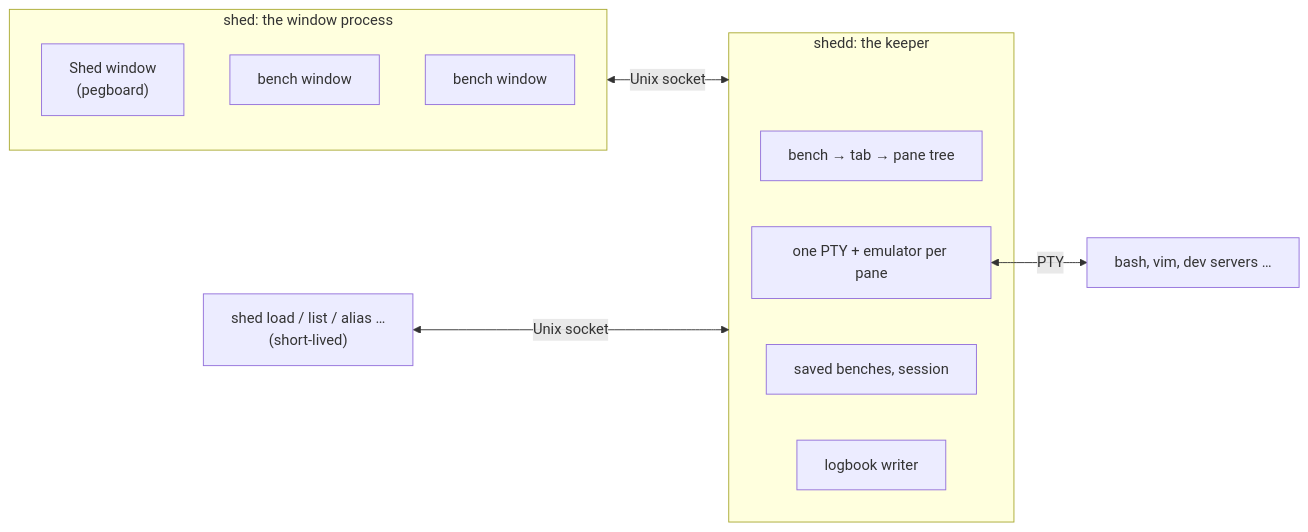
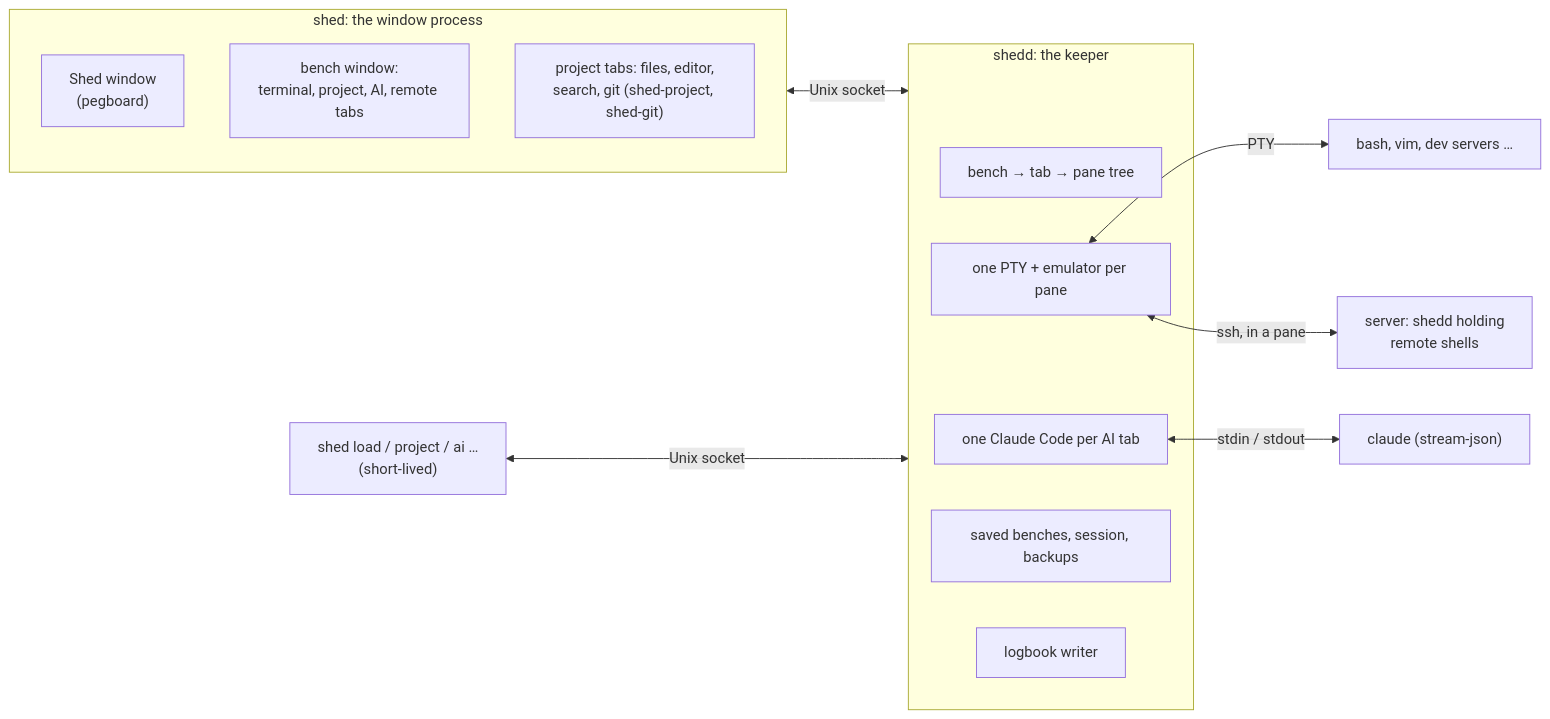
One commit to odolha/shed changed the diagram in docs/architecture.md. Above: the diagram before and after it, drawn with Mermaid. The commit also changed other lines of this file and 8 other files, not shown here.

````diff
--- a/docs/architecture.md
+++ b/docs/architecture.md
@@ -11,19 +12,24 @@
 ```mermaid
 flowchart LR
     subgraph app["shed: the window process"]
         shedwin["Shed window<br/>(pegboard)"]
-        b1["bench window"]
-        b2["bench window"]
+        b1["bench window:<br/>terminal, project, AI, remote tabs"]
+        files["project tabs: files, editor,<br/>search, git (shed-project, shed-git)"]
     end
-    cli["shed load / list / alias …<br/>(short-lived)"]
+    cli["shed load / project / ai …<br/>(short-lived)"]
     subgraph keeper["shedd: the keeper"]
         tree["bench → tab → pane tree"]
         panes["one PTY + emulator per pane"]
-        store["saved benches, session"]
+        ai["one Claude Code per AI tab"]
+        store["saved benches, session, backups"]
         logbook["logbook writer"]
     end
     shells["bash, vim, dev servers …"]
+    claude["claude (stream-json)"]
+    remote["server: shedd holding<br/>remote shells"]
     app <-- "Unix socket" --> keeper
     cli <-- "Unix socket" --> keeper
     panes <-- "PTY" --> shells
+    ai <-- "stdin / stdout" --> claude
+    panes <-- "ssh, in a pane" --> remote
 ```
````
